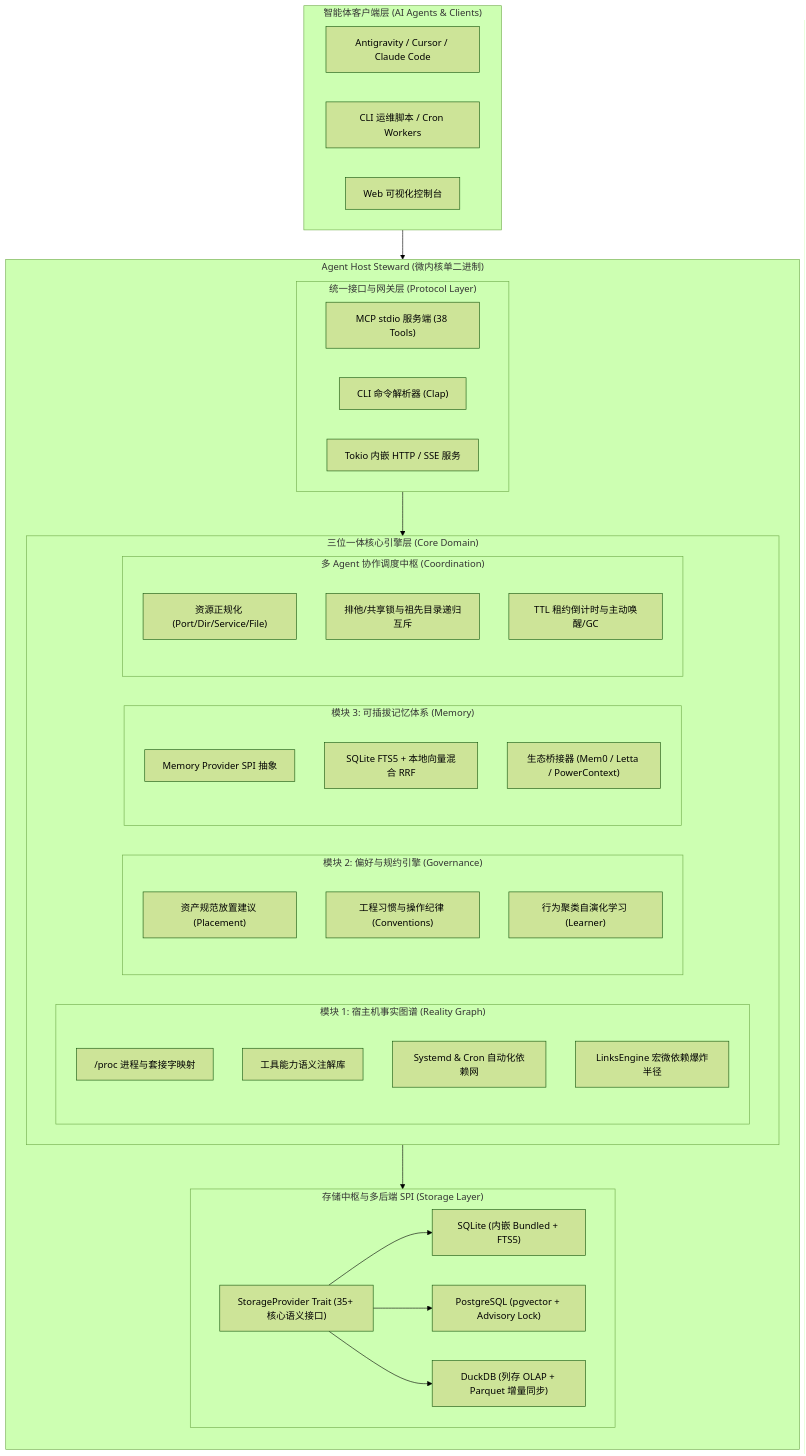
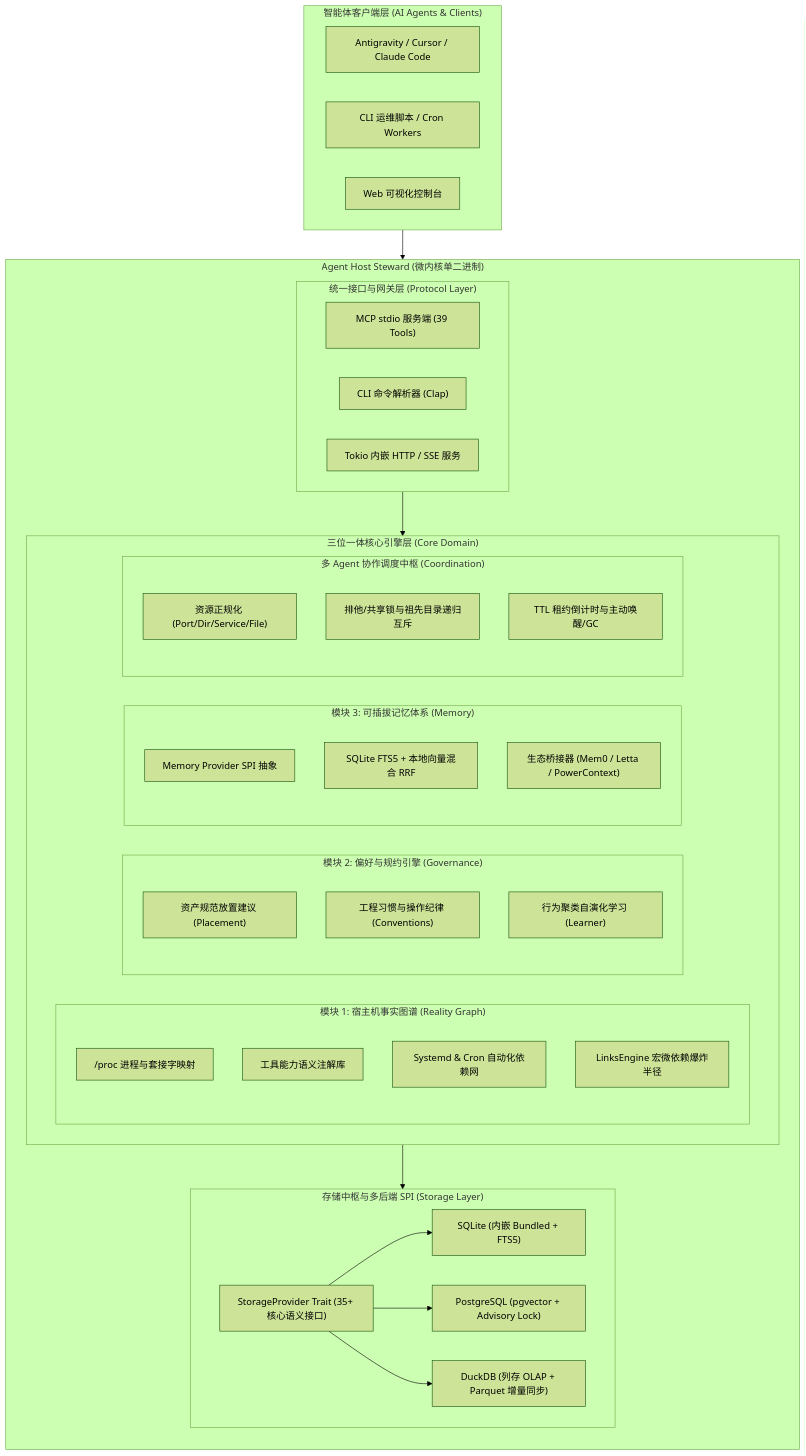
Before and after one commit to digoal/agent-body: the first of 4 diagrams in arch/01-for-architects.md, drawn with Mermaid (forest theme). The commit also changed 32 other files, not shown here.

````diff
--- a/arch/01-for-architects.md
+++ b/arch/01-for-architects.md
@@ -40,59 +40,59 @@
 ```mermaid
 graph TD
     subgraph Clients["智能体客户端层 (AI Agents & Clients)"]
         A1["Antigravity / Cursor / Claude Code"]
         A2["CLI 运维脚本 / Cron Workers"]
         A3["Web 可视化控制台"]
     end
 
     subgraph Steward["Agent Host Steward (微内核单二进制)"]
         direction TB
         
         subgraph Protocols["统一接口与网关层 (Protocol Layer)"]
-            P1["MCP stdio 服务端 (38 Tools)"]
+            P1["MCP stdio 服务端 (39 Tools)"]
             P2["CLI 命令解析器 (Clap)"]
             P3["Tokio 内嵌 HTTP / SSE 服务"]
         end
 
         subgraph Core["三位一体核心引擎层 (Core Domain)"]
             subgraph M1["模块 1: 宿主机事实图谱 (Reality Graph)"]
                 F1["/proc 进程与套接字映射"]
                 F2["工具能力语义注解库"]
                 F3["Systemd & Cron 自动化依赖网"]
                 F4["LinksEngine 宏微依赖爆炸半径"]
             end
 
             subgraph M2["模块 2: 偏好与规约引擎 (Governance)"]
                 G1["资产规范放置建议 (Placement)"]
                 G2["工程习惯与操作纪律 (Conventions)"]
                 G3["行为聚类自演化学习 (Learner)"]
             end
 
             subgraph M3["模块 3: 可插拔记忆体系 (Memory)"]
                 Mem1["Memory Provider SPI 抽象"]
                 Mem2["SQLite FTS5 + 本地向量混合 RRF"]
                 Mem3["生态桥接器 (Mem0 / Letta / PowerContext)"]
             end
 
             subgraph Coordination["多 Agent 协作调度中枢 (Coordination)"]
                 C1["资源正规化 (Port/Dir/Service/File)"]
                 C2["排他/共享锁与祖先目录递归互斥"]
                 C3["TTL 租约倒计时与主动唤醒/GC"]
             end
         end
 
         subgraph StorageSPI["存储中枢与多后端 SPI (Storage Layer)"]
             S_SPI["StorageProvider Trait (35+ 核心语义接口)"]
             S_SQLITE["SQLite (内嵌 Bundled + FTS5)"]
             S_PG["PostgreSQL (pgvector + Advisory Lock)"]
             S_DUCK["DuckDB (列存 OLAP + Parquet 增量同步)"]
         end
     end
 
     Clients --> Protocols
     Protocols --> Core
     Core --> StorageSPI
     S_SPI --> S_SQLITE
     S_SPI --> S_PG
     S_SPI --> S_DUCK
 ```
````
